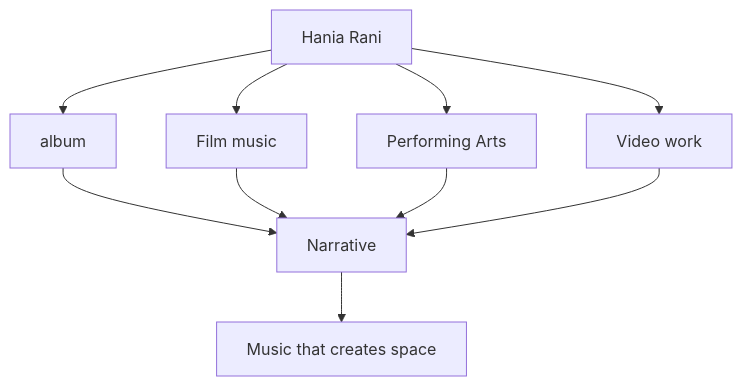
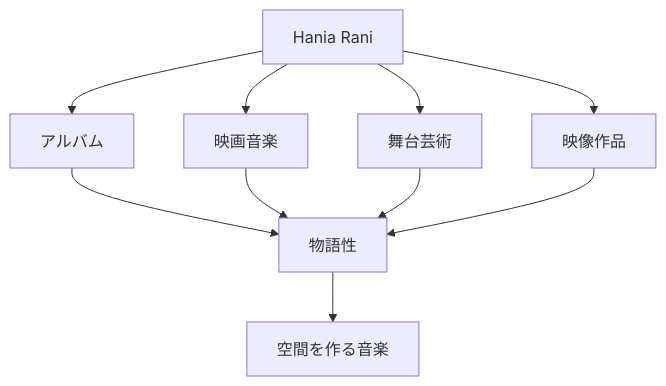
One commit to monumental-movement/monumental-movement.github.io changed the sixth of 13 diagrams in en/_posts/2026-08-05-column-hania-rani.md. Above: the diagram before and after it, drawn with Mermaid. The commit also changed other lines of this file and 2196 other files, not shown here.

```diff
--- a/en/_posts/2026-08-05-column-hania-rani.md
+++ b/en/_posts/2026-08-05-column-hania-rani.md
@@ -964,18 +964,18 @@
 <div class="mermaid">
 graph TD
 
 A["Hania Rani"]
 
-A --> B["album"]
-A --> C["Film music"]
-A --> D["Performing Arts"]
-A --> E["Video work"]
+A --> B["アルバム"]
+A --> C["映画音楽"]
+A --> D["舞台芸術"]
+A --> E["映像作品"]
 
-B --> F["Narrative"]
+B --> F["物語性"]
 C --> F
 D --> F
 E --> F
 
-F --> G["Music that creates space"]
+F --> G["空間を作る音楽"]
 
 </div>
```
